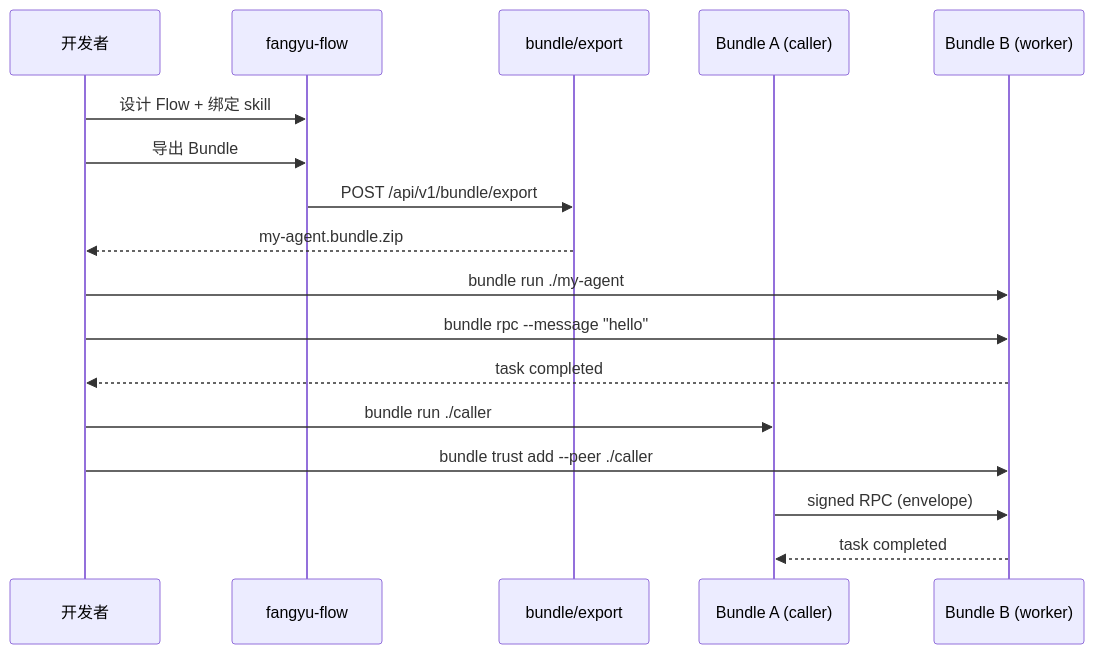
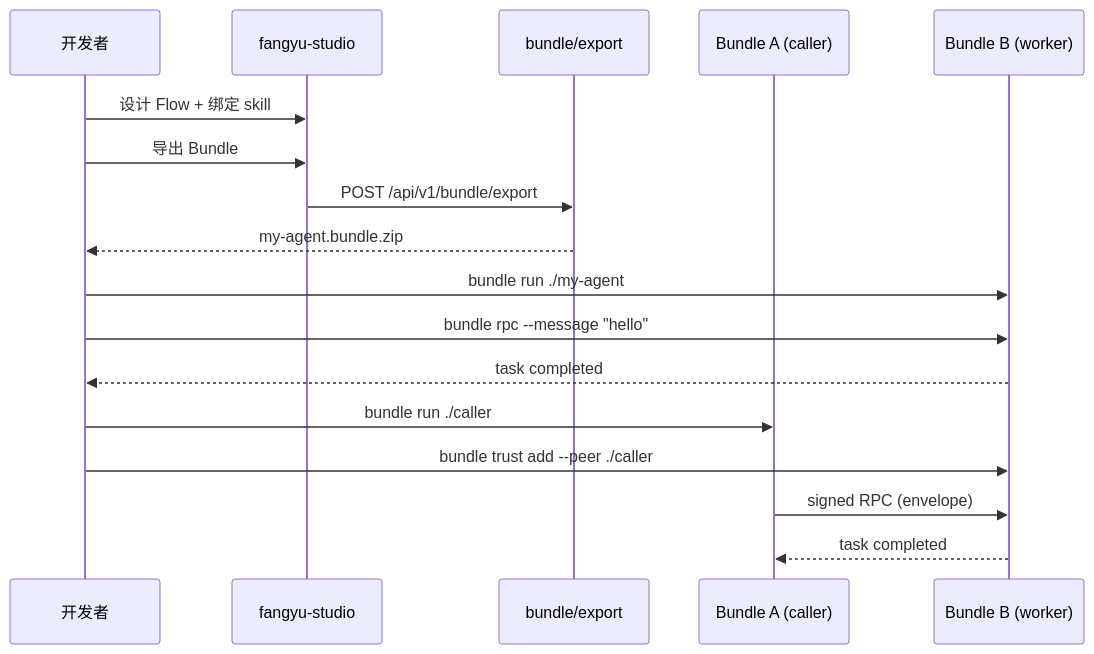
One commit to wawutinyu/fangyu changed the diagram in docs/PHASE5_TECH_SPEC.md. Above: the diagram before and after it, drawn with Mermaid. The commit also changed other lines of this file and 239 other files, not shown here.

````diff
--- a/docs/PHASE5_TECH_SPEC.md
+++ b/docs/PHASE5_TECH_SPEC.md
@@ -82,21 +82,21 @@
 ```mermaid
 sequenceDiagram
     participant Dev as 开发者
-    participant UI as fangyu-flow
+    participant UI as fangyu-studio
     participant API as bundle/export
     participant B1 as Bundle A (caller)
     participant B2 as Bundle B (worker)
 
     Dev->>UI: 设计 Flow + 绑定 skill
     Dev->>UI: 导出 Bundle
     UI->>API: POST /api/v1/bundle/export
     API-->>Dev: my-agent.bundle.zip
     Dev->>B2: bundle run ./my-agent
     Dev->>B2: bundle rpc --message "hello"
     B2-->>Dev: task completed
 
     Dev->>B1: bundle run ./caller
     Dev->>B2: bundle trust add --peer ./caller
     B1->>B2: signed RPC (envelope)
     B2-->>B1: task completed
 ```
````
